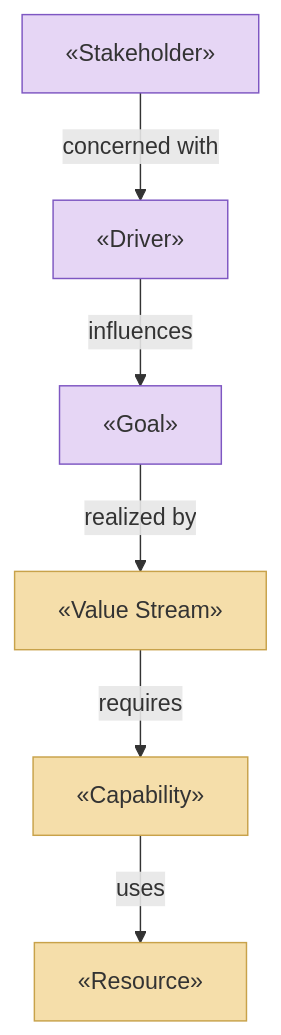
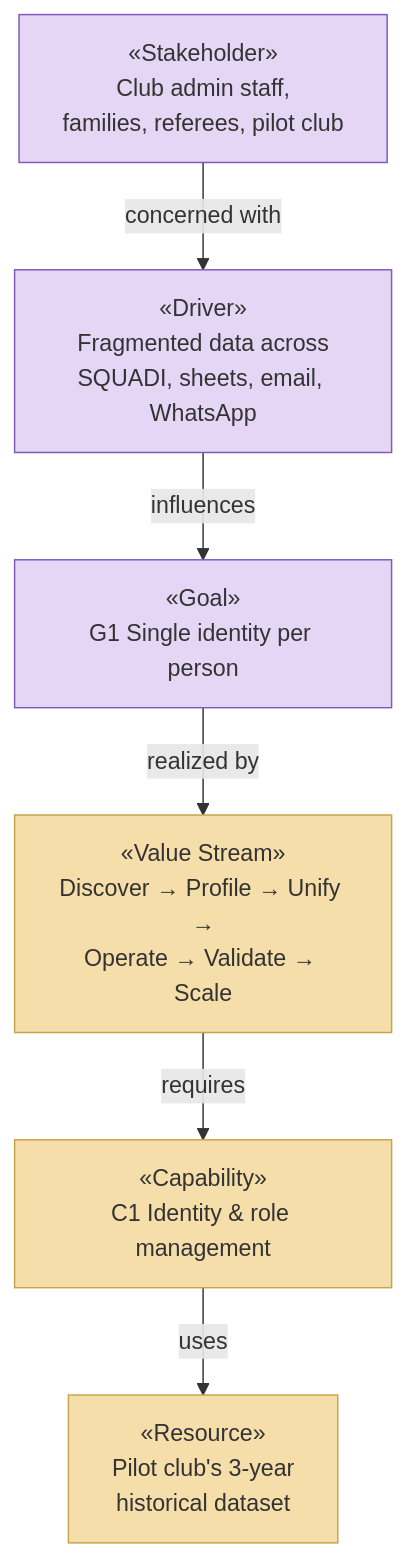
Before and after one commit to DataME2/ia-architect: the diagram in docs/ea/1_strategy/README.md, drawn with Mermaid. The commit also changed other lines of this file and 17 other files, not shown here.

First line of the commit message:
docs: bootstrap Let'sDataTalk strategy and business architecture

````diff
--- a/docs/ea/1_strategy/README.md
+++ b/docs/ea/1_strategy/README.md
@@ -34,19 +29,19 @@
 ```mermaid
 flowchart TB
-  stakeholder["«Stakeholder»<br><Who cares>"]:::motivation
-  driver["«Driver»<br><What pressures them>"]:::motivation
-  goal["«Goal»<br><What must become true>"]:::motivation
+  stakeholder["«Stakeholder»<br>Club admin staff,<br>families, referees, pilot club"]:::motivation
+  driver["«Driver»<br>Fragmented data across<br>SQUADI, sheets, email, WhatsApp"]:::motivation
+  goal["«Goal»<br>G1 Single identity per person"]:::motivation
 
-  vs["«Value Stream»<br><Stage 1 → Stage 2 → …>"]:::strategy
-  cap["«Capability»<br><What we must be able to do>"]:::strategy
-  res["«Resource»<br><What it's built with>"]:::strategy
+  vs["«Value Stream»<br>Discover → Profile → Unify →<br>Operate → Validate → Scale"]:::strategy
+  cap["«Capability»<br>C1 Identity & role management"]:::strategy
+  res["«Resource»<br>Pilot club's 3-year<br>historical dataset"]:::strategy
 
   stakeholder -->|concerned with| driver
   driver -->|influences| goal
   goal -->|realized by| vs
   vs -->|requires| cap
   cap -->|uses| res
 
   classDef motivation fill:#e6d6f5,stroke:#7e57c2,color:#333
   classDef strategy fill:#f5deaa,stroke:#c8a24a,color:#333
 ```
````
